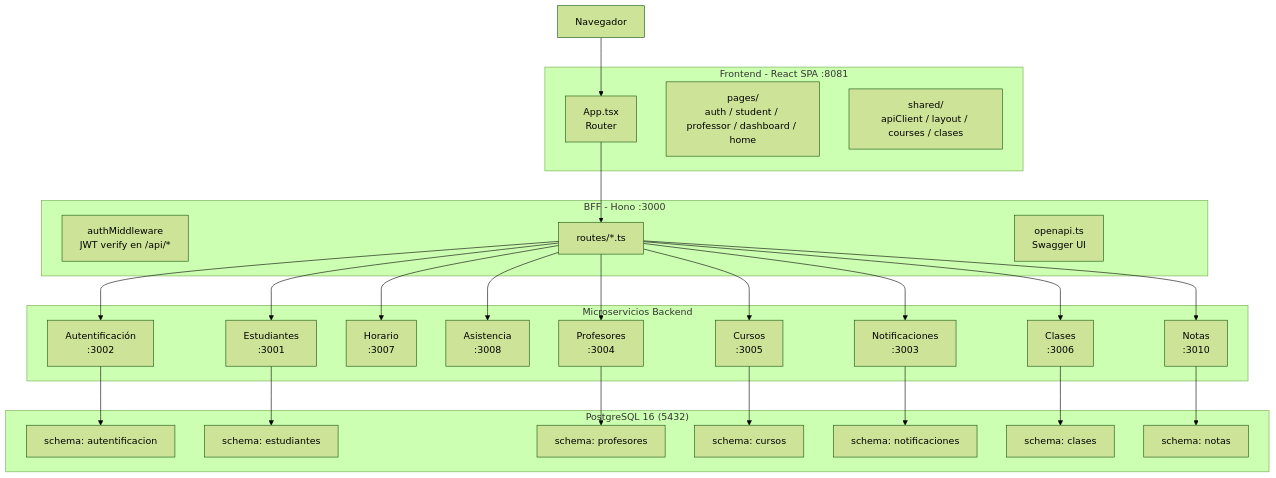
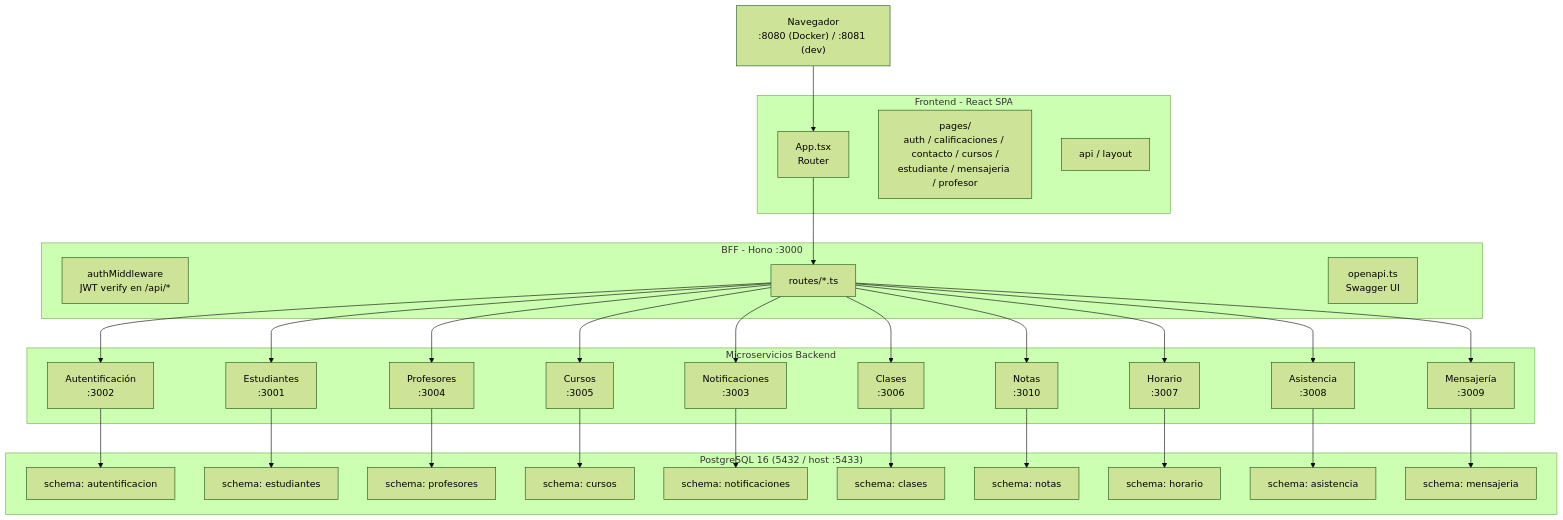
Before and after one commit to M4zls/WEp: the diagram in README.md, drawn with Mermaid (forest theme). The commit also changed other lines of this file and 1 other file, not shown here.

````diff
--- a/README.md
+++ b/README.md
@@ -109,57 +95,65 @@
 ```mermaid
 flowchart TB
-    Browser["Navegador"]
+    Browser["Navegador<br/>:8080 (Docker) / :8081 (dev)"]
 
-    subgraph Frontend["Frontend - React SPA :8081"]
+    subgraph Frontend["Frontend - React SPA"]
         ReactApp["App.tsx<br/>Router"]
-        Pages["pages/<br/>auth / student / professor / dashboard / home"]
-        Shared["shared/<br/>apiClient / layout / courses / clases"]
+        Pages["pages/<br/>auth / calificaciones / contacto / cursos /<br/>estudiante / mensajeria / profesor"]
+        Shared["api / layout"]
     end
 
     subgraph BFF["BFF - Hono :3000"]
         AuthMW["authMiddleware<br/>JWT verify en /api/*"]
         BFFRoutes["routes/*.ts"]
         OpenAPI["openapi.ts<br/>Swagger UI"]
     end
 
     subgraph Microservices["Microservicios Backend"]
         Auth["Autentificación<br/>:3002"]
         Students["Estudiantes<br/>:3001"]
+        Teachers["Profesores<br/>:3004"]
+        Courses["Cursos<br/>:3005"]
+        Classes["Clases<br/>:3006"]
+        Notif["Notificaciones<br/>:3003"]
+        Notas["Notas<br/>:3010"]
         Horario["Horario<br/>:3007"]
         Asistencia["Asistencia<br/>:3008"]
-        Clases["Clases<br/>:3006"]
-        Teachers["Profesores<br/>:3004"]
-        Courses["Cursos<br/>:3005"]
-        Notif["Notificaciones<br/>:3003"]
-        Notas["Notas<br/>:3010"]
+        Mensajeria["Mensajería<br/>:3009"]
     end
 
-    subgraph DB["PostgreSQL 16 (5432)"]
+    subgraph DB["PostgreSQL 16 (5432 / host :5433)"]
         S1["schema: autentificacion"]
         S2["schema: estudiantes"]
         S3["schema: profesores"]
         S4["schema: cursos"]
         S5["schema: notificaciones"]
         S6["schema: clases"]
         S7["schema: notas"]
+        S8["schema: horario"]
+        S9["schema: asistencia"]
+        S10["schema: mensajeria"]
     end
 
     Browser --> ReactApp
     ReactApp --> BFFRoutes
     BFFRoutes --> Auth
     BFFRoutes --> Students
     BFFRoutes --> Teachers
     BFFRoutes --> Courses
     BFFRoutes --> Notif
-    BFFRoutes --> Clases
+    BFFRoutes --> Classes
+    BFFRoutes --> Notas
     BFFRoutes --> Horario
     BFFRoutes --> Asistencia
-    BFFRoutes --> Notas
+    BFFRoutes --> Mensajeria
     Auth --> S1
     Students --> S2
     Teachers --> S3
     Courses --> S4
     Notif --> S5
-    Clases --> S6
+    Classes --> S6
     Notas --> S7
+    Horario --> S8
+    Asistencia --> S9
+    Mensajeria --> S10
 ```
````
